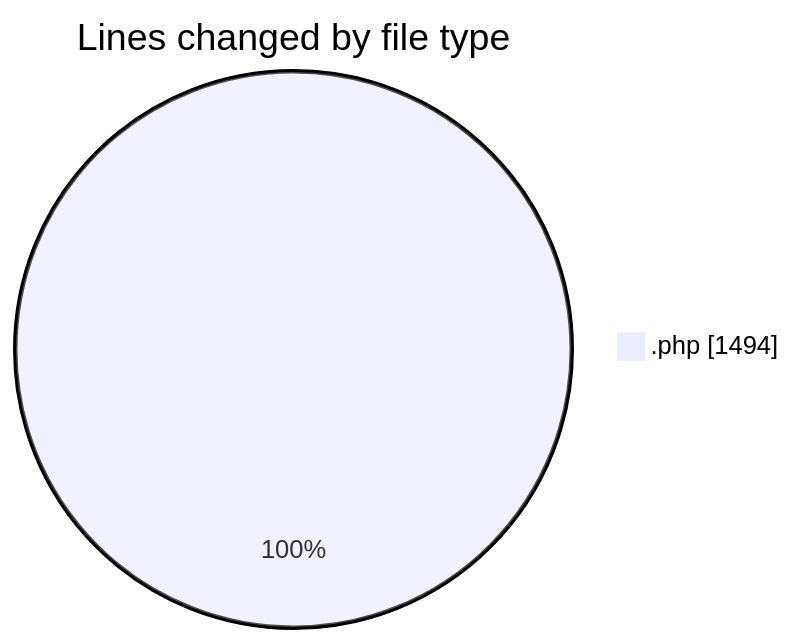
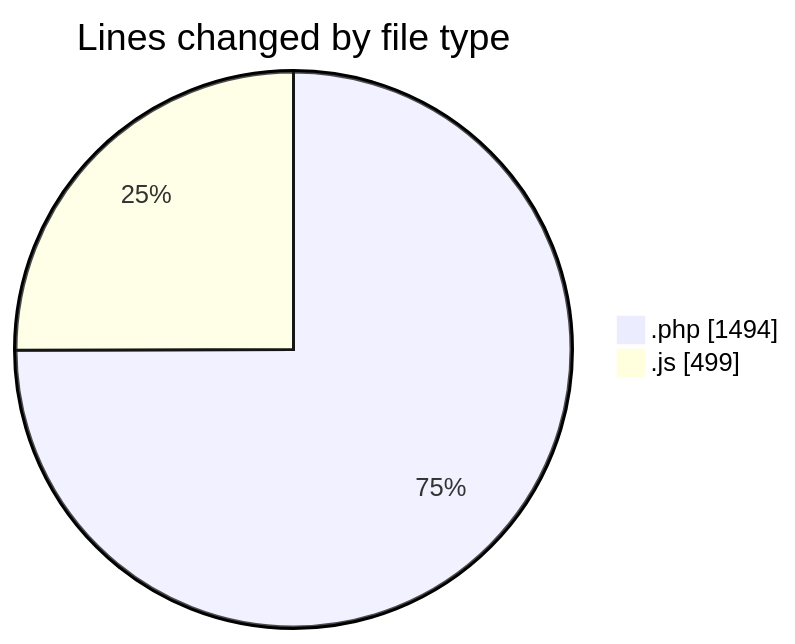
One commit to debugP/code-tracking changed the first of 2 diagrams in 2026-07-24/untitled__workspace_/README.md. Above: the diagram before and after it, drawn with Mermaid. The commit also changed other lines of this file and 1 other file, not shown here.

````diff
--- a/2026-07-24/untitled__workspace_/README.md
+++ b/2026-07-24/untitled__workspace_/README.md
@@ -20,5 +21,6 @@
 ```mermaid
 pie showData
 title Lines changed by file type
 ".php" : 1494
+".js" : 499
 ```
````
